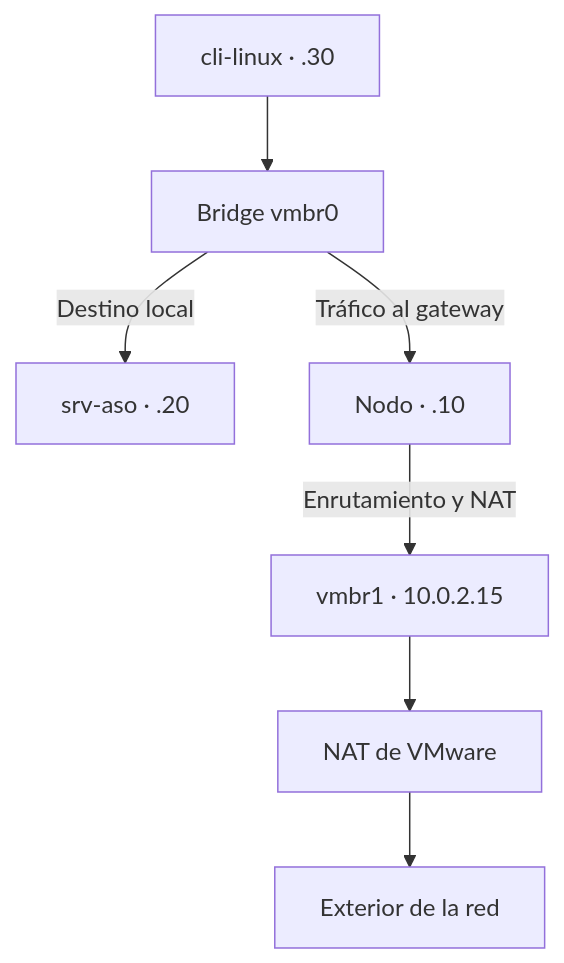
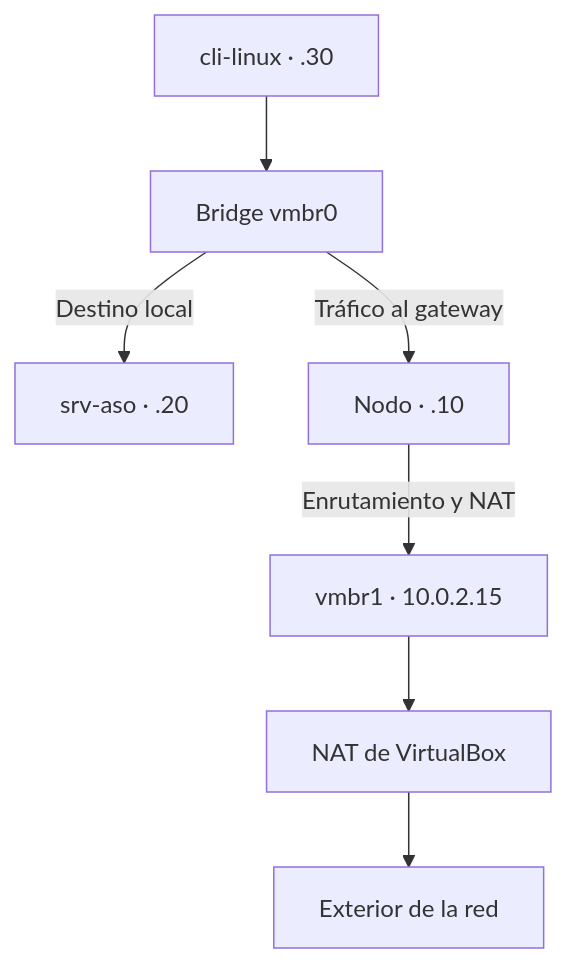
One commit to alvaromg5/pi-proxmox-marhuenda-alvaro changed the diagram in docs/02-diagrama-red.md. Above: the diagram before and after it, drawn with Mermaid.

Commit message:
Sesion05 Fase4 --> Realizado 03-instalacion-proxmox.md
Se han actualizado bitacora y evidencias, además que PENDIENTE actualizar las partes documentas de VMware cambiarlas a VirtualBox

````diff
--- a/docs/02-diagrama-red.md
+++ b/docs/02-diagrama-red.md
@@ -50,11 +50,11 @@
 ```mermaid
 graph TD
     CLI["cli-linux · .30"] --> VMBR0["Bridge vmbr0"]
     
     VMBR0 -->|"Destino local"| SRV["srv-aso · .20"]
     VMBR0 -->|"Tráfico al gateway"| NODO["Nodo · .10"]
     
     NODO -->|"Enrutamiento y NAT"| VMBR1["vmbr1 · 10.0.2.15"]
-    VMBR1 --> NAT["NAT de VMware"]
+    VMBR1 --> NAT["NAT de VirtualBox"]
     NAT --> EXT["Exterior de la red"]
 ```
````
